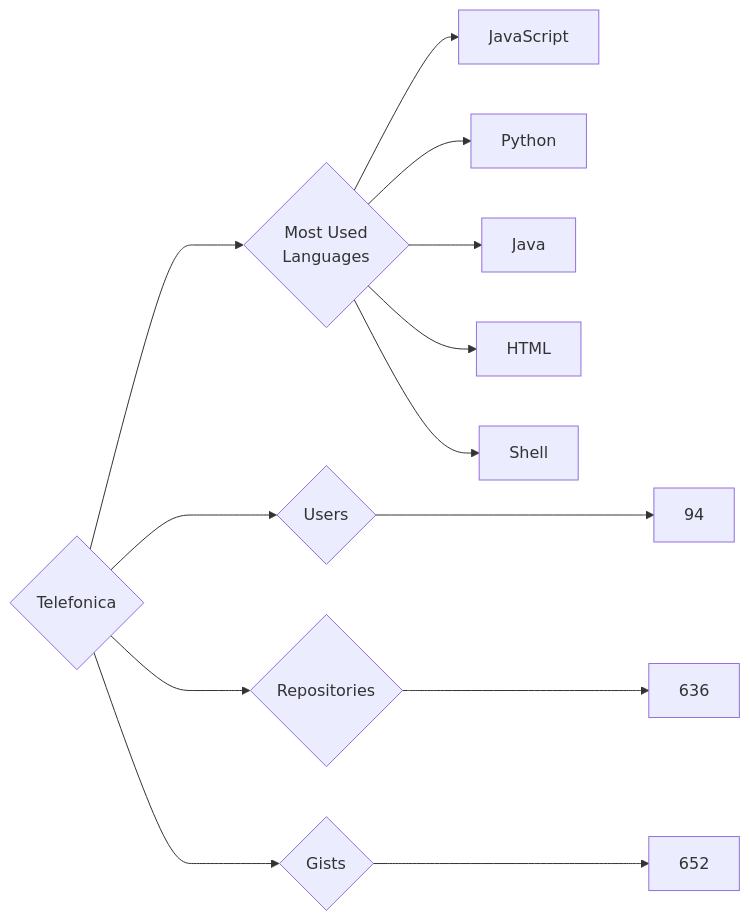
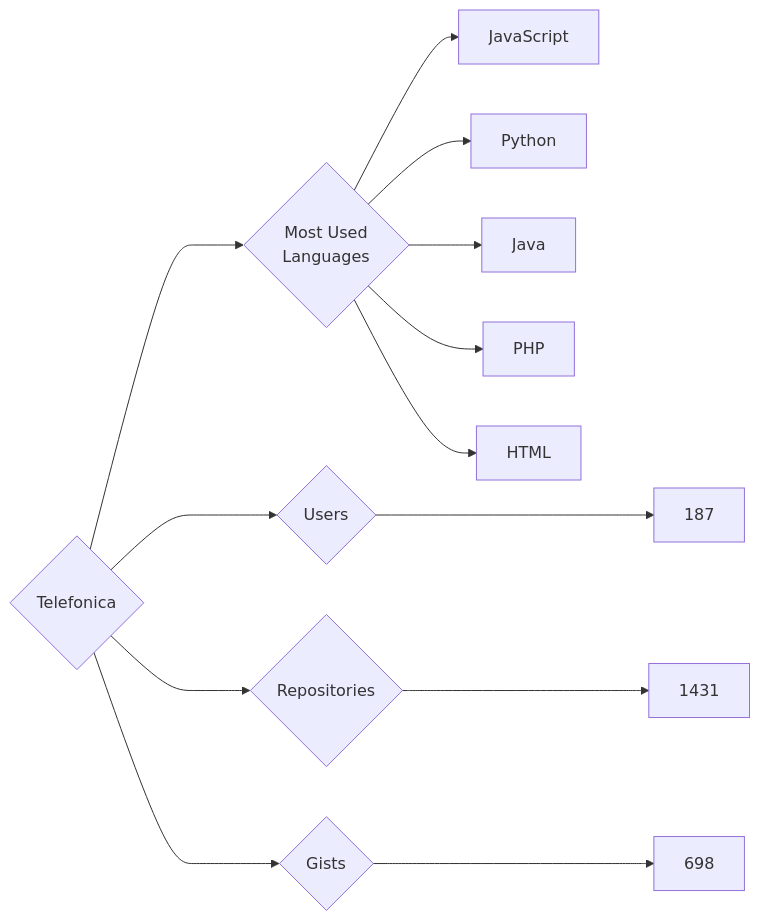
Before and after one commit to trickest/insiders: the diagram in targets/Telefonica/README.md, drawn with Mermaid. The commit also changed 948 other files, not shown here.

````diff
--- a/targets/Telefonica/README.md
+++ b/targets/Telefonica/README.md
@@ -3,13 +3,13 @@
 ```mermaid
 graph LR
 COMPANY_NAME{Telefonica}
-COMPANY_NAME ---> U{Users} ---> UN[94]
-COMPANY_NAME ---> R{Repositories} ---> RN[636]
-COMPANY_NAME ---> G{Gists} ---> GN[652]
+COMPANY_NAME ---> U{Users} ---> UN[187]
+COMPANY_NAME ---> R{Repositories} ---> RN[1431]
+COMPANY_NAME ---> G{Gists} ---> GN[698]
 COMPANY_NAME ---> ML{Most Used<br>Languages}
 ML --> JavaScript[JavaScript]
 ML --> Python[Python]
 ML --> Java[Java]
+ML --> PHP[PHP]
 ML --> HTML[HTML]
-ML --> Shell[Shell]
 ```
````
